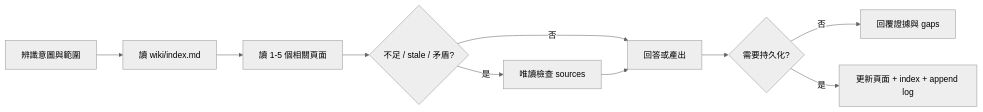
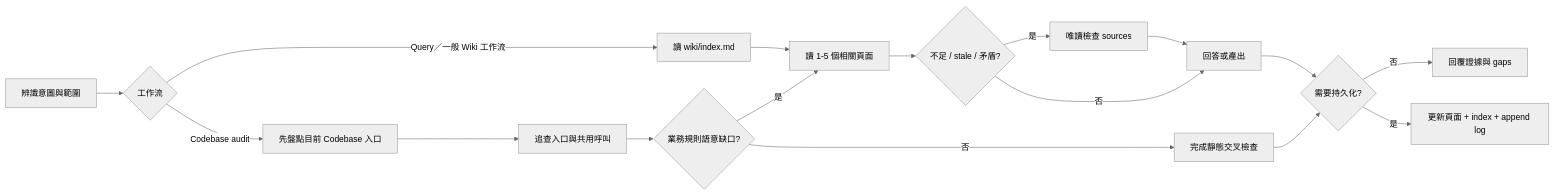
The diagram in docs/product/workflows/README.md (dennis8499/code-base-llm-wiki), drawn with Mermaid (neutral theme) before and after one commit. The commit also changed other lines of this file and 30 other files, not shown here.

First line of the commit message:
feat: 更新 Codebase 健檢流程為 source-first，並強調 Wiki 僅作為補充

````diff
--- a/docs/product/workflows/README.md
+++ b/docs/product/workflows/README.md
@@ -7,12 +7,19 @@
 ```mermaid
 flowchart LR
-    Intent[辨識意圖與範圍] --> Index[讀 wiki/index.md]
+    Intent[辨識意圖與範圍] --> Route{工作流}
+    Route -->|Query／一般 Wiki 工作流| Index[讀 wiki/index.md]
+    Route -->|Codebase audit| Inventory[先盤點目前 Codebase 入口]
     Index --> Pages[讀 1-5 個相關頁面]
     Pages --> Gap{不足 / stale / 矛盾?}
     Gap -->|是| Source[唯讀檢查 sources]
     Gap -->|否| Work[回答或產出]
     Source --> Work
+    Inventory --> Trace[追查入口與共用呼叫]
+    Trace --> BusinessGap{業務規則語意缺口?}
+    BusinessGap -->|是| Pages
+    BusinessGap -->|否| AuditWork[完成靜態交叉檢查]
+    AuditWork --> Persist
     Work --> Persist{需要持久化?}
     Persist -->|否| Done[回覆證據與 gaps]
     Persist -->|是| Update[更新頁面 + index + append log]
 ```
````
